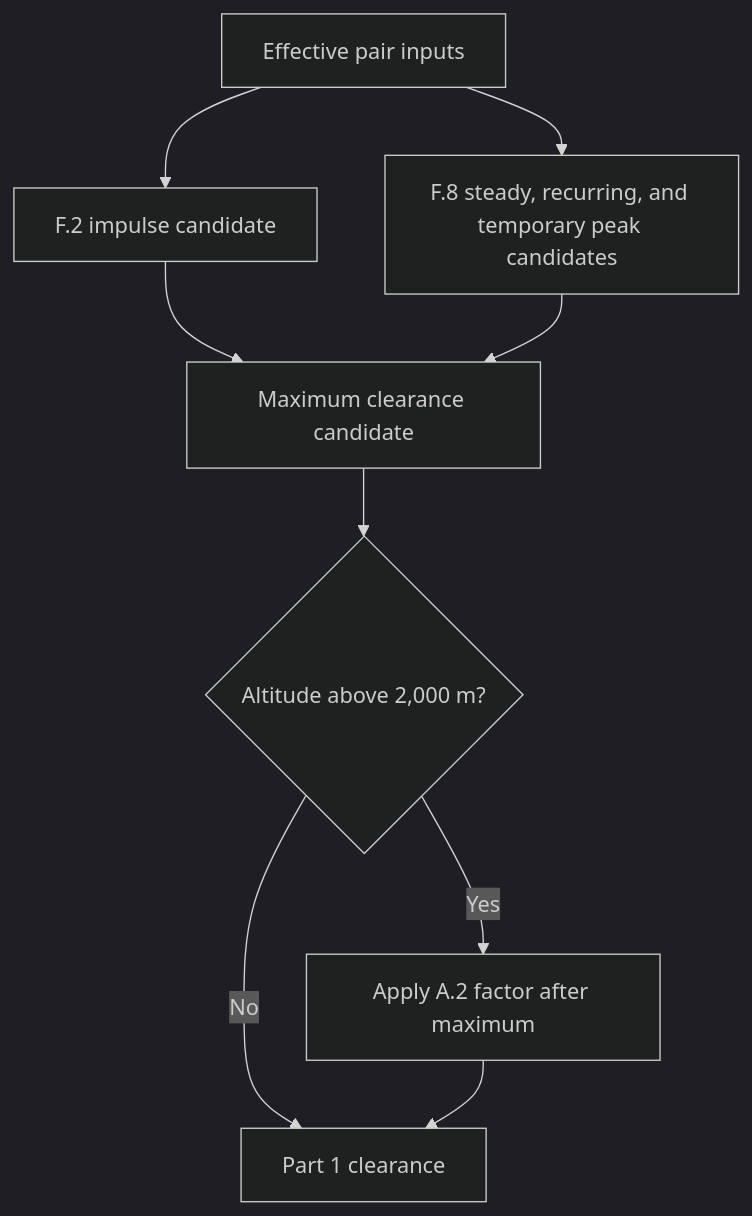
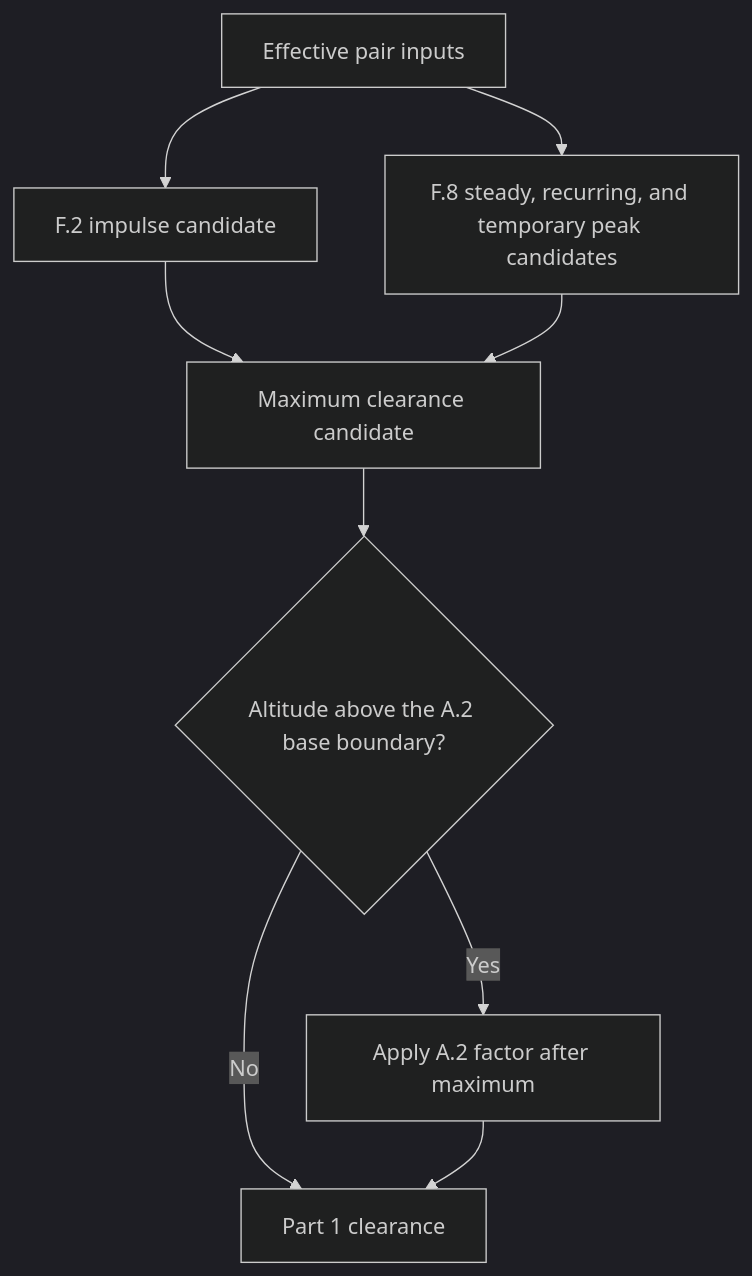
One commit to smarley2/insulation-coordination-calculator changed the first of 3 diagrams in README.md. Above: the diagram before and after it, drawn with Mermaid (dark theme). The commit also changed other lines of this file and 7 other files, not shown here.

````diff
--- a/README.md
+++ b/README.md
@@ -87,11 +87,11 @@
 ```mermaid
 flowchart TD
     I["Effective pair inputs"] --> F2["F.2 impulse candidate"]
     I --> F8["F.8 steady, recurring, and temporary peak candidates"]
     F2 --> M["Maximum clearance candidate"]
     F8 --> M
-    M --> A2{"Altitude above 2,000 m?"}
+    M --> A2{"Altitude above the A.2 base boundary?"}
     A2 -- "No" --> C["Part 1 clearance"]
     A2 -- "Yes" --> AF["Apply A.2 factor after maximum"]
     AF --> C
 ```
````
